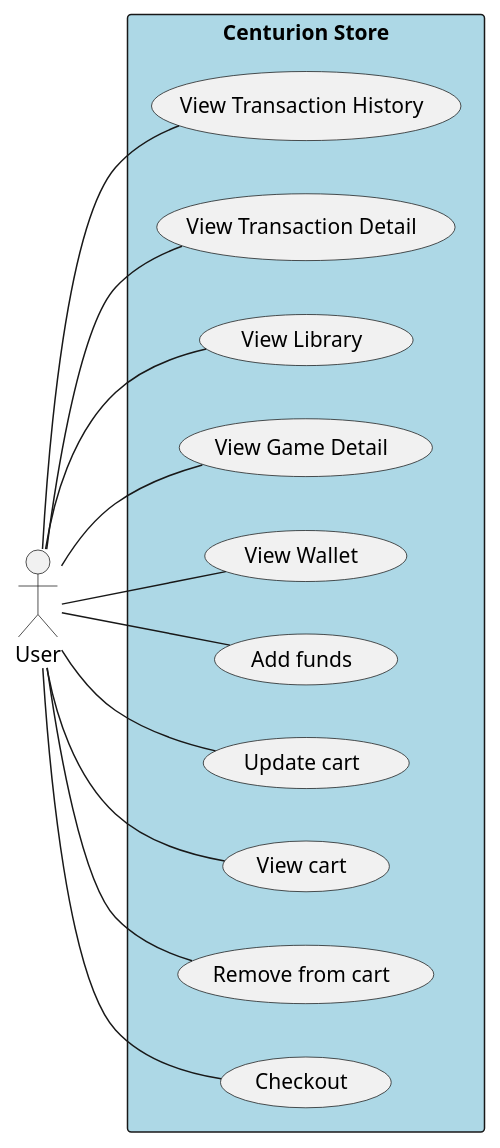
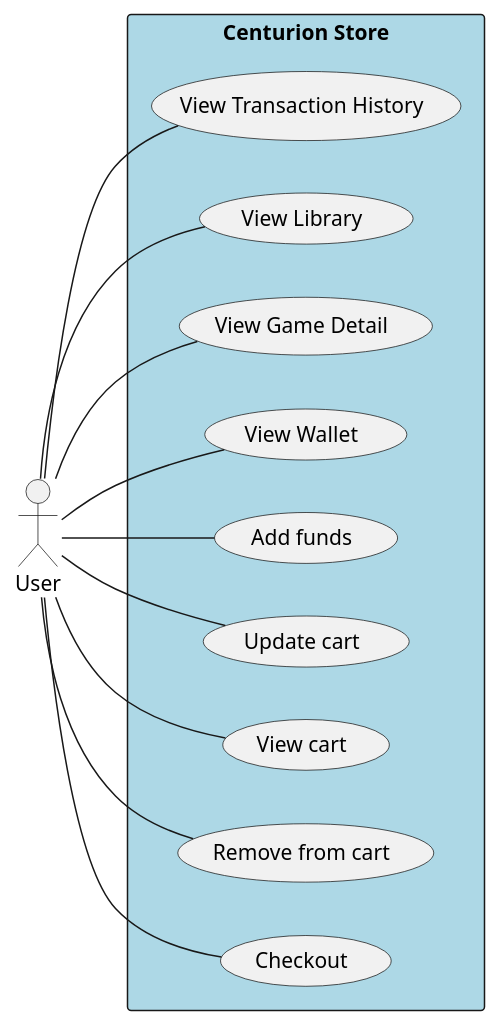
The ninth of 11 diagrams in reports/diagrams.md (PhanNTSon/prm_project), drawn with PlantUML before and after one commit. The commit also changed other lines of this file and 4 other files, not shown here.

Commit message:
[Add][Modify] add new readme file to clearify functions and adjust diagrams and others informations.

````diff
--- a/reports/diagrams.md
+++ b/reports/diagrams.md
@@ -335,31 +334,29 @@
 ```plantuml
 @startuml
 left to right direction
 skinparam packageStyle rectangle
 actor User
 
 rectangle "Centurion Store" #LightBlue {
   usecase "View Transaction History" as UC9
-  usecase "View Transaction Detail" as UC10
   usecase "View Library" as UC12
   usecase "View Game Detail" as UC13
   usecase "View Wallet" as UC14
   usecase "Add funds" as UC15
   usecase "Update cart" as UC16
   usecase "View cart" as UC17
   usecase "Remove from cart" as UC18
   usecase "Checkout" as UC19
 }
 
 User -- UC9
-User -- UC10
 User -- UC12
 User -- UC13
 User -- UC14
 User -- UC15
 User -- UC16
 User -- UC17
 User -- UC18
 User -- UC19
 @enduml
 ```
````
